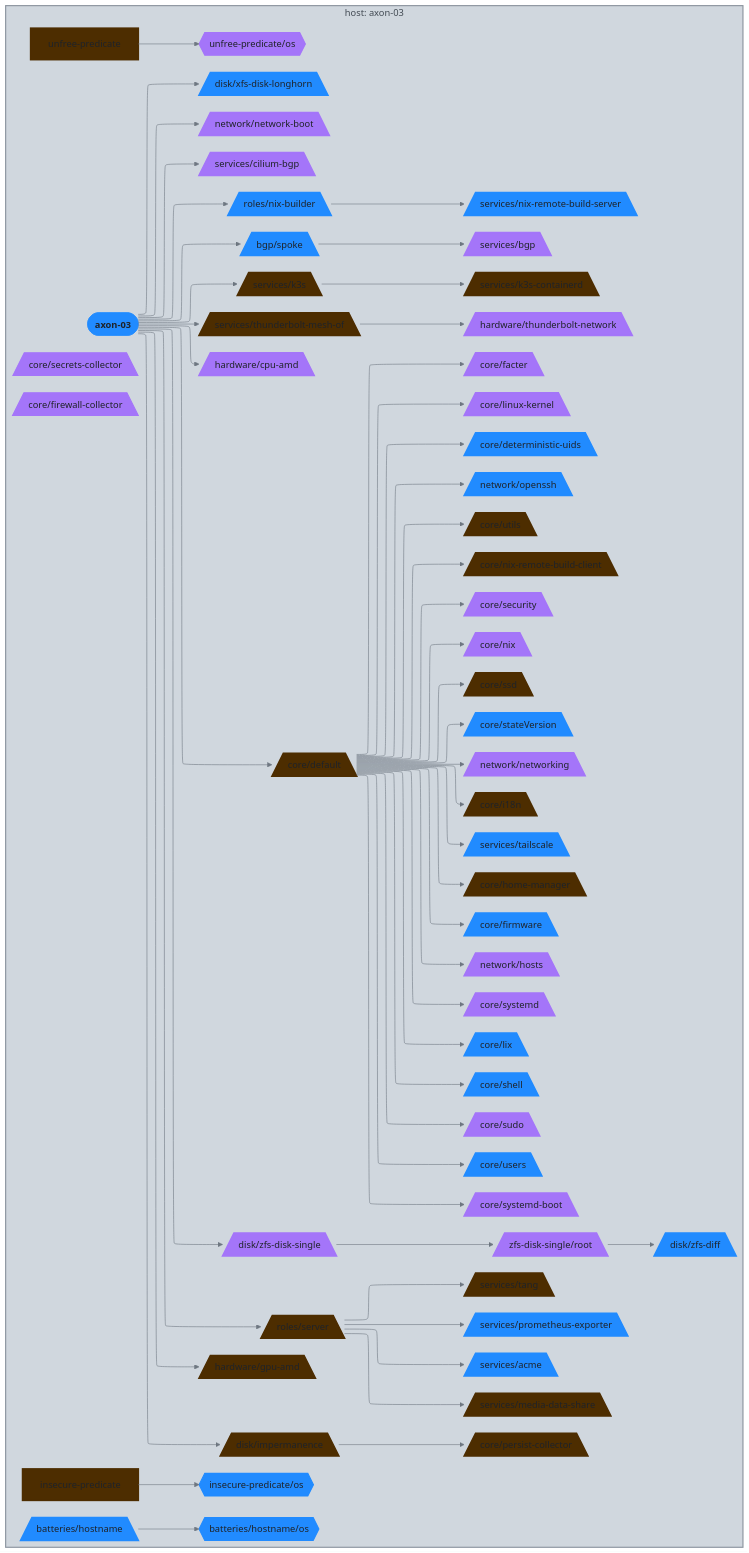
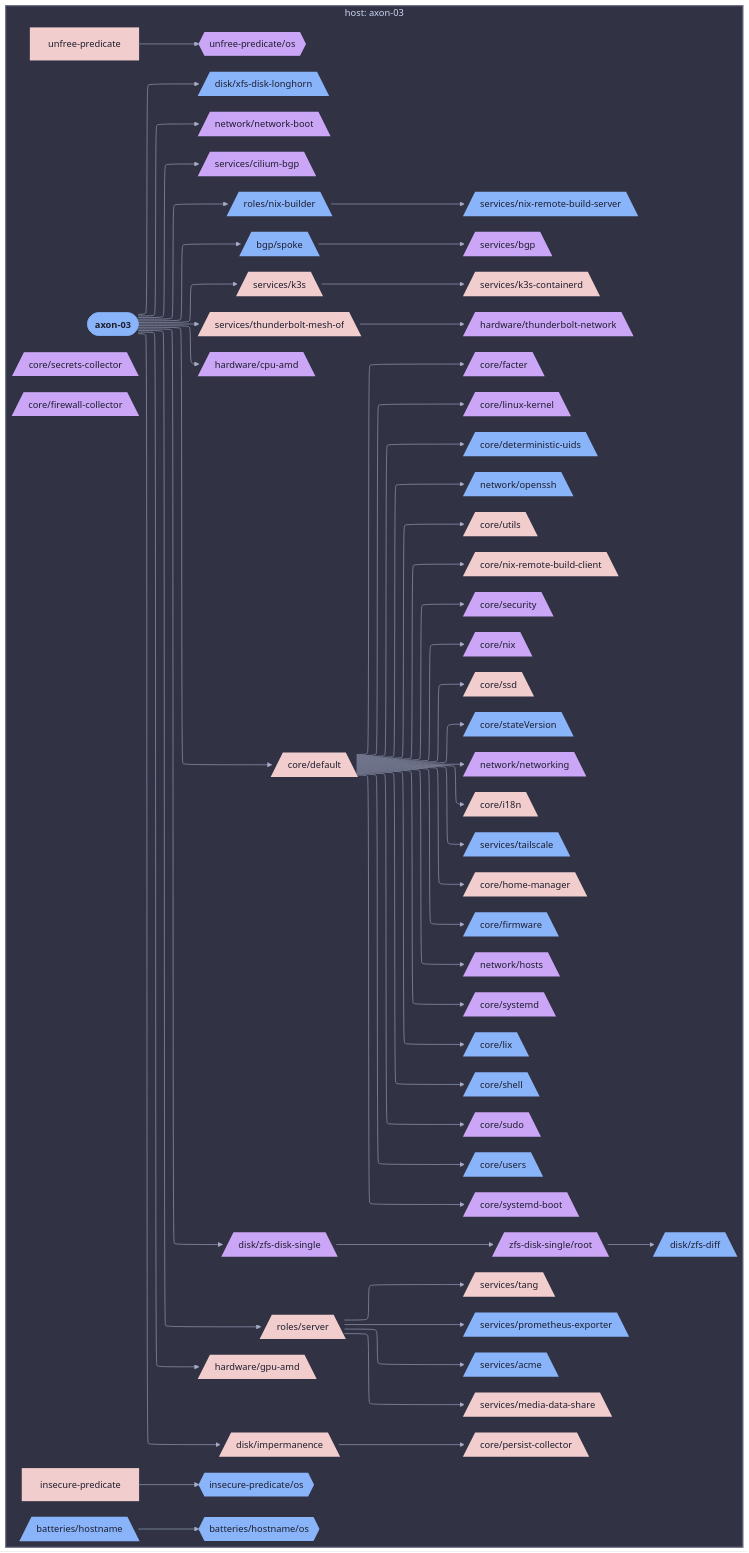
The diagram in diagrams/hosts/axon-03/class-nixos.md (sini/nix-config), drawn with Mermaid before and after one commit. The commit also changed 142 other files, not shown here.

First line of the commit message:
feat(diagrams): use projectScope for per-host/user views

````diff
--- a/diagrams/hosts/axon-03/class-nixos.md
+++ b/diagrams/hosts/axon-03/class-nixos.md
@@ -5,5 +5,5 @@
 ```mermaid
-%%{init: {"elk":{"mergeEdges":true,"nodePlacementStrategy":"BRANDES_KOEPF"},"flowchart":{"wrappingWidth":600},"layout":"elk","theme":"base","themeVariables":{"activationBkgColor":"#d0d7de","activationBorderColor":"#8c959f","actorBkg":"#d0d7de","actorBorder":"#6e7781","actorLineColor":"#6e7781","actorTextColor":"#424a53","background":"#eaeef2","classText":"#424a53","clusterBkg":"#d0d7de","clusterBorder":"#8c959f","edgeLabelBackground":"#eaeef2","labelBoxBkgColor":"#d0d7de","labelBoxBorderColor":"#6e7781","labelTextColor":"#424a53","lineColor":"#6e7781","loopTextColor":"#424a53","mainBkg":"#d0d7de","nodeBkg":"#d0d7de","nodeBorder":"#6e7781","nodeTextColor":"#424a53","noteBkgColor":"#d0d7de","noteBorderColor":"#8c959f","noteTextColor":"#424a53","pie1":"#fa4549","pie2":"#e16f24","pie3":"#bf8700","pie4":"#2da44e","pie5":"#339D9B","pie6":"#218bff","pie7":"#a475f9","pie8":"#4d2d00","pieLegendTextColor":"#424a53","pieOuterStrokeColor":"#8c959f","pieSectionTextColor":"#424a53","pieStrokeColor":"#8c959f","pieTitleTextColor":"#424a53","primaryBorderColor":"#6e7781","primaryColor":"#d0d7de","primaryTextColor":"#424a53","secondBkg":"#d0d7de","secondaryBorderColor":"#8c959f","secondaryColor":"#d0d7de","secondaryTextColor":"#424a53","sequenceNumberColor":"#eaeef2","signalColor":"#6e7781","signalTextColor":"#424a53","tertiaryBorderColor":"#8c959f","tertiaryColor":"#d0d7de","tertiaryTextColor":"#424a53","textColor":"#424a53","titleColor":"#424a53"}}}%%
+%%{init: {"elk":{"mergeEdges":true,"nodePlacementStrategy":"BRANDES_KOEPF"},"flowchart":{"wrappingWidth":600},"layout":"elk","theme":"base","themeVariables":{"activationBkgColor":"#313244","activationBorderColor":"#6c7086","actorBkg":"#313244","actorBorder":"#a6adc8","actorLineColor":"#a6adc8","actorTextColor":"#cdd6f4","background":"#1e1e2e","classText":"#cdd6f4","clusterBkg":"#313244","clusterBorder":"#6c7086","edgeLabelBackground":"#1e1e2e","labelBoxBkgColor":"#313244","labelBoxBorderColor":"#a6adc8","labelTextColor":"#cdd6f4","lineColor":"#a6adc8","loopTextColor":"#cdd6f4","mainBkg":"#313244","nodeBkg":"#313244","nodeBorder":"#a6adc8","nodeTextColor":"#cdd6f4","noteBkgColor":"#313244","noteBorderColor":"#6c7086","noteTextColor":"#cdd6f4","pie1":"#f38ba8","pie2":"#fab387","pie3":"#f9e2af","pie4":"#a6e3a1","pie5":"#94e2d5","pie6":"#89b4fa","pie7":"#cba6f7","pie8":"#f2cdcd","pieLegendTextColor":"#cdd6f4","pieOuterStrokeColor":"#6c7086","pieSectionTextColor":"#cdd6f4","pieStrokeColor":"#6c7086","pieTitleTextColor":"#cdd6f4","primaryBorderColor":"#a6adc8","primaryColor":"#313244","primaryTextColor":"#cdd6f4","secondBkg":"#313244","secondaryBorderColor":"#6c7086","secondaryColor":"#313244","secondaryTextColor":"#cdd6f4","sequenceNumberColor":"#1e1e2e","signalColor":"#a6adc8","signalTextColor":"#cdd6f4","tertiaryBorderColor":"#6c7086","tertiaryColor":"#313244","tertiaryTextColor":"#cdd6f4","textColor":"#cdd6f4","titleColor":"#cdd6f4"}}}%%
 graph LR
   axon_03([axon-03]):::root
 
@@ -114,67 +114,67 @@
   end
 
 
-  classDef root fill:#218bff,stroke:#218bff,color:#1f2328,font-weight:bold
-  classDef services__acme_c fill:#218bff,stroke:#218bff,color:#1f2328,stroke-width:3px
-  classDef axon_03_c fill:#4d2d00,stroke:#4d2d00,color:#1f2328,stroke-width:3px
-  classDef services__bgp_c fill:#a475f9,stroke:#a475f9,color:#1f2328,stroke-width:3px
-  classDef services__cilium_bgp_c fill:#a475f9,stroke:#a475f9,color:#1f2328,stroke-width:3px
-  classDef core_c fill:#bf8700,stroke:#bf8700,color:#1f2328,stroke-dasharray: 3 3,stroke-width:1px
-  classDef hardware__cpu_amd_c fill:#a475f9,stroke:#a475f9,color:#1f2328,stroke-width:3px
-  classDef core__default_c fill:#4d2d00,stroke:#4d2d00,color:#1f2328,stroke-width:3px
-  classDef core__deterministic_uids_c fill:#218bff,stroke:#218bff,color:#1f2328,stroke-width:3px
-  classDef disk_c fill:#2da44e,stroke:#2da44e,color:#1f2328,stroke-dasharray: 3 3,stroke-width:1px
-  classDef core__facter_c fill:#a475f9,stroke:#a475f9,color:#1f2328,stroke-width:3px
-  classDef core__firewall_collector_c fill:#a475f9,stroke:#a475f9,color:#1f2328,stroke-width:2px
-  classDef core__firmware_c fill:#218bff,stroke:#218bff,color:#1f2328,stroke-width:3px
-  classDef hardware__gpu_amd_c fill:#4d2d00,stroke:#4d2d00,color:#1f2328,stroke-width:3px
-  classDef hardware_c fill:#2da44e,stroke:#2da44e,color:#1f2328,stroke-dasharray: 3 3,stroke-width:1px
-  classDef core__home_manager_c fill:#4d2d00,stroke:#4d2d00,color:#1f2328,stroke-width:3px
-  classDef den__batteries__hostname_c fill:#218bff,stroke:#218bff,color:#1f2328,stroke-width:3px
-  classDef den__batteries__hostname__os_c fill:#218bff,stroke:#218bff,color:#1f2328,stroke-width:2px
-  classDef network__hosts_c fill:#a475f9,stroke:#a475f9,color:#1f2328,stroke-width:3px
-  classDef core__i18n_c fill:#4d2d00,stroke:#4d2d00,color:#1f2328,stroke-width:3px
-  classDef disk__impermanence_c fill:#4d2d00,stroke:#4d2d00,color:#1f2328,stroke-width:3px
-  classDef insecure_predicate_c fill:#4d2d00,stroke:#4d2d00,color:#1f2328,stroke-width:3px
-  classDef insecure_predicate__os_c fill:#218bff,stroke:#218bff,color:#1f2328,stroke-width:2px
-  classDef services__k3s_c fill:#4d2d00,stroke:#4d2d00,color:#1f2328,stroke-width:3px
-  classDef services__k3s_containerd_c fill:#4d2d00,stroke:#4d2d00,color:#1f2328,stroke-width:3px
-  classDef core__linux_kernel_c fill:#a475f9,stroke:#a475f9,color:#1f2328,stroke-width:3px
-  classDef core__lix_c fill:#218bff,stroke:#218bff,color:#1f2328,stroke-width:3px
-  classDef services__media_data_share_c fill:#4d2d00,stroke:#4d2d00,color:#1f2328,stroke-width:3px
-  classDef network_c fill:#e16f24,stroke:#e16f24,color:#1f2328,stroke-dasharray: 3 3,stroke-width:1px
-  classDef network__network_boot_c fill:#a475f9,stroke:#a475f9,color:#1f2328,stroke-width:3px
-  classDef network__networking_c fill:#a475f9,stroke:#a475f9,color:#1f2328,stroke-width:3px
-  classDef core__nix_c fill:#a475f9,stroke:#a475f9,color:#1f2328,stroke-width:3px
-  classDef roles__nix_builder_c fill:#218bff,stroke:#218bff,color:#1f2328,stroke-width:3px
-  classDef core__nix_remote_build_client_c fill:#4d2d00,stroke:#4d2d00,color:#1f2328,stroke-width:3px
-  classDef services__nix_remote_build_server_c fill:#218bff,stroke:#218bff,color:#1f2328,stroke-width:3px
-  classDef network__openssh_c fill:#218bff,stroke:#218bff,color:#1f2328,stroke-width:3px
-  classDef core__persist_collector_c fill:#4d2d00,stroke:#4d2d00,color:#1f2328,stroke-width:3px
-  classDef services__prometheus_exporter_c fill:#218bff,stroke:#218bff,color:#1f2328,stroke-width:3px
-  classDef roles_c fill:#2da44e,stroke:#2da44e,color:#1f2328,stroke-dasharray: 3 3,stroke-width:1px
-  classDef disk__zfs_disk_single__root_c fill:#a475f9,stroke:#a475f9,color:#1f2328,stroke-width:3px
-  classDef core__secrets_collector_c fill:#a475f9,stroke:#a475f9,color:#1f2328,stroke-width:2px
-  classDef core__security_c fill:#a475f9,stroke:#a475f9,color:#1f2328,stroke-width:3px
-  classDef roles__server_c fill:#4d2d00,stroke:#4d2d00,color:#1f2328,stroke-width:3px
-  classDef services_c fill:#2da44e,stroke:#2da44e,color:#1f2328,stroke-dasharray: 3 3,stroke-width:1px
-  classDef core__shell_c fill:#218bff,stroke:#218bff,color:#1f2328,stroke-width:3px
-  classDef services__bgp__spoke_c fill:#218bff,stroke:#218bff,color:#1f2328,stroke-width:3px
-  classDef core__ssd_c fill:#4d2d00,stroke:#4d2d00,color:#1f2328,stroke-width:3px
-  classDef core__stateVersion_c fill:#218bff,stroke:#218bff,color:#1f2328,stroke-width:3px
-  classDef core__sudo_c fill:#a475f9,stroke:#a475f9,color:#1f2328,stroke-width:3px
-  classDef core__systemd_c fill:#a475f9,stroke:#a475f9,color:#1f2328,stroke-width:3px
-  classDef core__systemd_boot_c fill:#a475f9,stroke:#a475f9,color:#1f2328,stroke-width:3px
-  classDef services__tailscale_c fill:#218bff,stroke:#218bff,color:#1f2328,stroke-width:3px
-  classDef services__tang_c fill:#4d2d00,stroke:#4d2d00,color:#1f2328,stroke-width:3px
-  classDef services__thunderbolt_mesh_of_c fill:#4d2d00,stroke:#4d2d00,color:#1f2328,stroke-width:3px
-  classDef hardware__thunderbolt_network_c fill:#a475f9,stroke:#a475f9,color:#1f2328,stroke-width:3px
-  classDef unfree_predicate_c fill:#4d2d00,stroke:#4d2d00,color:#1f2328,stroke-width:3px
-  classDef unfree_predicate__os_c fill:#a475f9,stroke:#a475f9,color:#1f2328,stroke-width:2px
-  classDef core__users_c fill:#218bff,stroke:#218bff,color:#1f2328,stroke-width:3px
-  classDef core__utils_c fill:#4d2d00,stroke:#4d2d00,color:#1f2328,stroke-width:3px
-  classDef disk__xfs_disk_longhorn_c fill:#218bff,stroke:#218bff,color:#1f2328,stroke-width:3px
-  classDef disk__zfs_diff_c fill:#218bff,stroke:#218bff,color:#1f2328,stroke-width:3px
-  classDef disk__zfs_disk_single_c fill:#a475f9,stroke:#a475f9,color:#1f2328,stroke-width:3px
-style ctx_host_axon_03 fill:#d0d7de,stroke:#8c959f,stroke-width:2px
+  classDef root fill:#89b4fa,stroke:#89b4fa,color:#1e1e2e,font-weight:bold
+  classDef services__acme_c fill:#89b4fa,stroke:#89b4fa,color:#1e1e2e,stroke-width:3px
+  classDef axon_03_c fill:#f2cdcd,stroke:#f2cdcd,color:#1e1e2e,stroke-width:3px
+  classDef services__bgp_c fill:#cba6f7,stroke:#cba6f7,color:#1e1e2e,stroke-width:3px
+  classDef services__cilium_bgp_c fill:#cba6f7,stroke:#cba6f7,color:#1e1e2e,stroke-width:3px
+  classDef core_c fill:#f9e2af,stroke:#f9e2af,color:#1e1e2e,stroke-dasharray: 3 3,stroke-width:1px
+  classDef hardware__cpu_amd_c fill:#cba6f7,stroke:#cba6f7,color:#1e1e2e,stroke-width:3px
+  classDef core__default_c fill:#f2cdcd,stroke:#f2cdcd,color:#1e1e2e,stroke-width:3px
+  classDef core__deterministic_uids_c fill:#89b4fa,stroke:#89b4fa,color:#1e1e2e,stroke-width:3px
+  classDef disk_c fill:#a6e3a1,stroke:#a6e3a1,color:#1e1e2e,stroke-dasharray: 3 3,stroke-width:1px
+  classDef core__facter_c fill:#cba6f7,stroke:#cba6f7,color:#1e1e2e,stroke-width:3px
+  classDef core__firewall_collector_c fill:#cba6f7,stroke:#cba6f7,color:#1e1e2e,stroke-width:2px
+  classDef core__firmware_c fill:#89b4fa,stroke:#89b4fa,color:#1e1e2e,stroke-width:3px
+  classDef hardware__gpu_amd_c fill:#f2cdcd,stroke:#f2cdcd,color:#1e1e2e,stroke-width:3px
+  classDef hardware_c fill:#a6e3a1,stroke:#a6e3a1,color:#1e1e2e,stroke-dasharray: 3 3,stroke-width:1px
+  classDef core__home_manager_c fill:#f2cdcd,stroke:#f2cdcd,color:#1e1e2e,stroke-width:3px
+  classDef den__batteries__hostname_c fill:#89b4fa,stroke:#89b4fa,color:#1e1e2e,stroke-width:3px
+  classDef den__batteries__hostname__os_c fill:#89b4fa,stroke:#89b4fa,color:#1e1e2e,stroke-width:2px
+  classDef network__hosts_c fill:#cba6f7,stroke:#cba6f7,color:#1e1e2e,stroke-width:3px
+  classDef core__i18n_c fill:#f2cdcd,stroke:#f2cdcd,color:#1e1e2e,stroke-width:3px
+  classDef disk__impermanence_c fill:#f2cdcd,stroke:#f2cdcd,color:#1e1e2e,stroke-width:3px
+  classDef insecure_predicate_c fill:#f2cdcd,stroke:#f2cdcd,color:#1e1e2e,stroke-width:3px
+  classDef insecure_predicate__os_c fill:#89b4fa,stroke:#89b4fa,color:#1e1e2e,stroke-width:2px
+  classDef services__k3s_c fill:#f2cdcd,stroke:#f2cdcd,color:#1e1e2e,stroke-width:3px
+  classDef services__k3s_containerd_c fill:#f2cdcd,stroke:#f2cdcd,color:#1e1e2e,stroke-width:3px
+  classDef core__linux_kernel_c fill:#cba6f7,stroke:#cba6f7,color:#1e1e2e,stroke-width:3px
+  classDef core__lix_c fill:#89b4fa,stroke:#89b4fa,color:#1e1e2e,stroke-width:3px
+  classDef services__media_data_share_c fill:#f2cdcd,stroke:#f2cdcd,color:#1e1e2e,stroke-width:3px
+  classDef network_c fill:#fab387,stroke:#fab387,color:#1e1e2e,stroke-dasharray: 3 3,stroke-width:1px
+  classDef network__network_boot_c fill:#cba6f7,stroke:#cba6f7,color:#1e1e2e,stroke-width:3px
+  classDef network__networking_c fill:#cba6f7,stroke:#cba6f7,color:#1e1e2e,stroke-width:3px
+  classDef core__nix_c fill:#cba6f7,stroke:#cba6f7,color:#1e1e2e,stroke-width:3px
+  classDef roles__nix_builder_c fill:#89b4fa,stroke:#89b4fa,color:#1e1e2e,stroke-width:3px
+  classDef core__nix_remote_build_client_c fill:#f2cdcd,stroke:#f2cdcd,color:#1e1e2e,stroke-width:3px
+  classDef services__nix_remote_build_server_c fill:#89b4fa,stroke:#89b4fa,color:#1e1e2e,stroke-width:3px
+  classDef network__openssh_c fill:#89b4fa,stroke:#89b4fa,color:#1e1e2e,stroke-width:3px
+  classDef core__persist_collector_c fill:#f2cdcd,stroke:#f2cdcd,color:#1e1e2e,stroke-width:3px
+  classDef services__prometheus_exporter_c fill:#89b4fa,stroke:#89b4fa,color:#1e1e2e,stroke-width:3px
+  classDef roles_c fill:#a6e3a1,stroke:#a6e3a1,color:#1e1e2e,stroke-dasharray: 3 3,stroke-width:1px
+  classDef disk__zfs_disk_single__root_c fill:#cba6f7,stroke:#cba6f7,color:#1e1e2e,stroke-width:3px
+  classDef core__secrets_collector_c fill:#cba6f7,stroke:#cba6f7,color:#1e1e2e,stroke-width:2px
+  classDef core__security_c fill:#cba6f7,stroke:#cba6f7,color:#1e1e2e,stroke-width:3px
+  classDef roles__server_c fill:#f2cdcd,stroke:#f2cdcd,color:#1e1e2e,stroke-width:3px
+  classDef services_c fill:#a6e3a1,stroke:#a6e3a1,color:#1e1e2e,stroke-dasharray: 3 3,stroke-width:1px
+  classDef core__shell_c fill:#89b4fa,stroke:#89b4fa,color:#1e1e2e,stroke-width:3px
+  classDef services__bgp__spoke_c fill:#89b4fa,stroke:#89b4fa,color:#1e1e2e,stroke-width:3px
+  classDef core__ssd_c fill:#f2cdcd,stroke:#f2cdcd,color:#1e1e2e,stroke-width:3px
+  classDef core__stateVersion_c fill:#89b4fa,stroke:#89b4fa,color:#1e1e2e,stroke-width:3px
+  classDef core__sudo_c fill:#cba6f7,stroke:#cba6f7,color:#1e1e2e,stroke-width:3px
+  classDef core__systemd_c fill:#cba6f7,stroke:#cba6f7,color:#1e1e2e,stroke-width:3px
+  classDef core__systemd_boot_c fill:#cba6f7,stroke:#cba6f7,color:#1e1e2e,stroke-width:3px
+  classDef services__tailscale_c fill:#89b4fa,stroke:#89b4fa,color:#1e1e2e,stroke-width:3px
+  classDef services__tang_c fill:#f2cdcd,stroke:#f2cdcd,color:#1e1e2e,stroke-width:3px
+  classDef services__thunderbolt_mesh_of_c fill:#f2cdcd,stroke:#f2cdcd,color:#1e1e2e,stroke-width:3px
+  classDef hardware__thunderbolt_network_c fill:#cba6f7,stroke:#cba6f7,color:#1e1e2e,stroke-width:3px
+  classDef unfree_predicate_c fill:#f2cdcd,stroke:#f2cdcd,color:#1e1e2e,stroke-width:3px
+  classDef unfree_predicate__os_c fill:#cba6f7,stroke:#cba6f7,color:#1e1e2e,stroke-width:2px
+  classDef core__users_c fill:#89b4fa,stroke:#89b4fa,color:#1e1e2e,stroke-width:3px
+  classDef core__utils_c fill:#f2cdcd,stroke:#f2cdcd,color:#1e1e2e,stroke-width:3px
+  classDef disk__xfs_disk_longhorn_c fill:#89b4fa,stroke:#89b4fa,color:#1e1e2e,stroke-width:3px
+  classDef disk__zfs_diff_c fill:#89b4fa,stroke:#89b4fa,color:#1e1e2e,stroke-width:3px
+  classDef disk__zfs_disk_single_c fill:#cba6f7,stroke:#cba6f7,color:#1e1e2e,stroke-width:3px
+style ctx_host_axon_03 fill:#313244,stroke:#6c7086,stroke-width:2px
 ```
````
